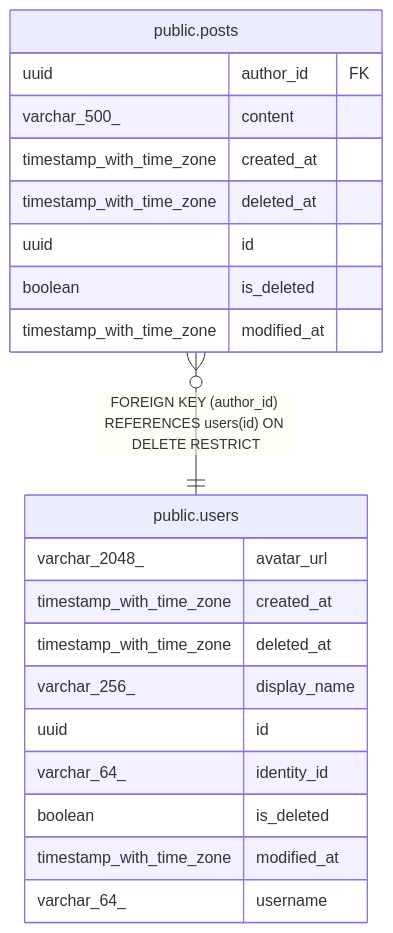
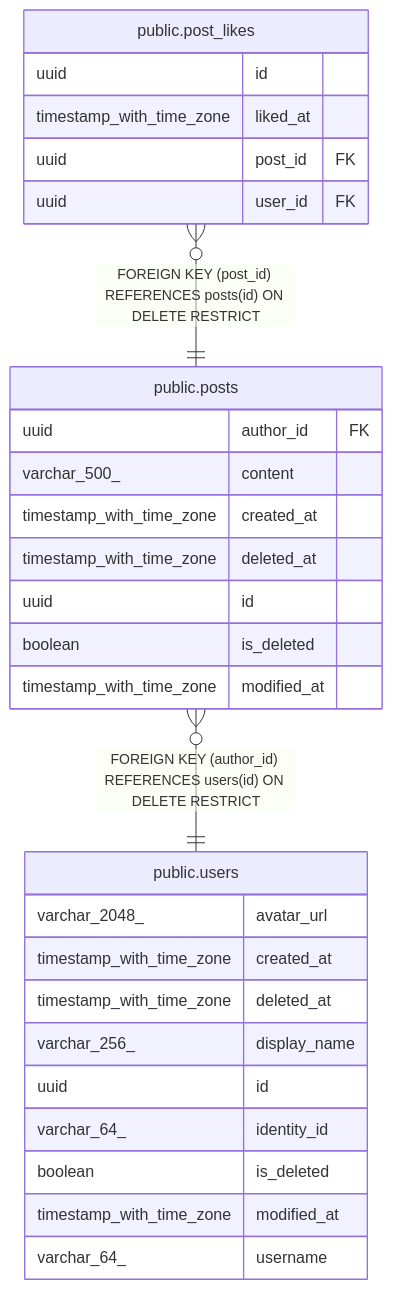
One commit to trduc2712/choco-api changed the diagram in docs/database/public.posts.md. Above: the diagram before and after it, drawn with Mermaid. The commit also changed other lines of this file and 46 other files, not shown here.

First line of the commit message:
feat: add likes on posts

````diff
--- a/docs/database/public.posts.md
+++ b/docs/database/public.posts.md
@@ -41,26 +41,33 @@
 ```mermaid
 erDiagram
 
 "public.posts" }o--|| "public.users" : "FOREIGN KEY (author_id) REFERENCES users(id) ON DELETE RESTRICT"
+"public.post_likes" }o--|| "public.posts" : "FOREIGN KEY (post_id) REFERENCES posts(id) ON DELETE RESTRICT"
 
 "public.posts" {
   uuid author_id FK
   varchar_500_ content
   timestamp_with_time_zone created_at
   timestamp_with_time_zone deleted_at
   uuid id
   boolean is_deleted
   timestamp_with_time_zone modified_at
 }
 "public.users" {
   varchar_2048_ avatar_url
   timestamp_with_time_zone created_at
   timestamp_with_time_zone deleted_at
   varchar_256_ display_name
   uuid id
   varchar_64_ identity_id
   boolean is_deleted
   timestamp_with_time_zone modified_at
   varchar_64_ username
 }
+"public.post_likes" {
+  uuid id
+  timestamp_with_time_zone liked_at
+  uuid post_id FK
+  uuid user_id FK
+}
 ```
````
